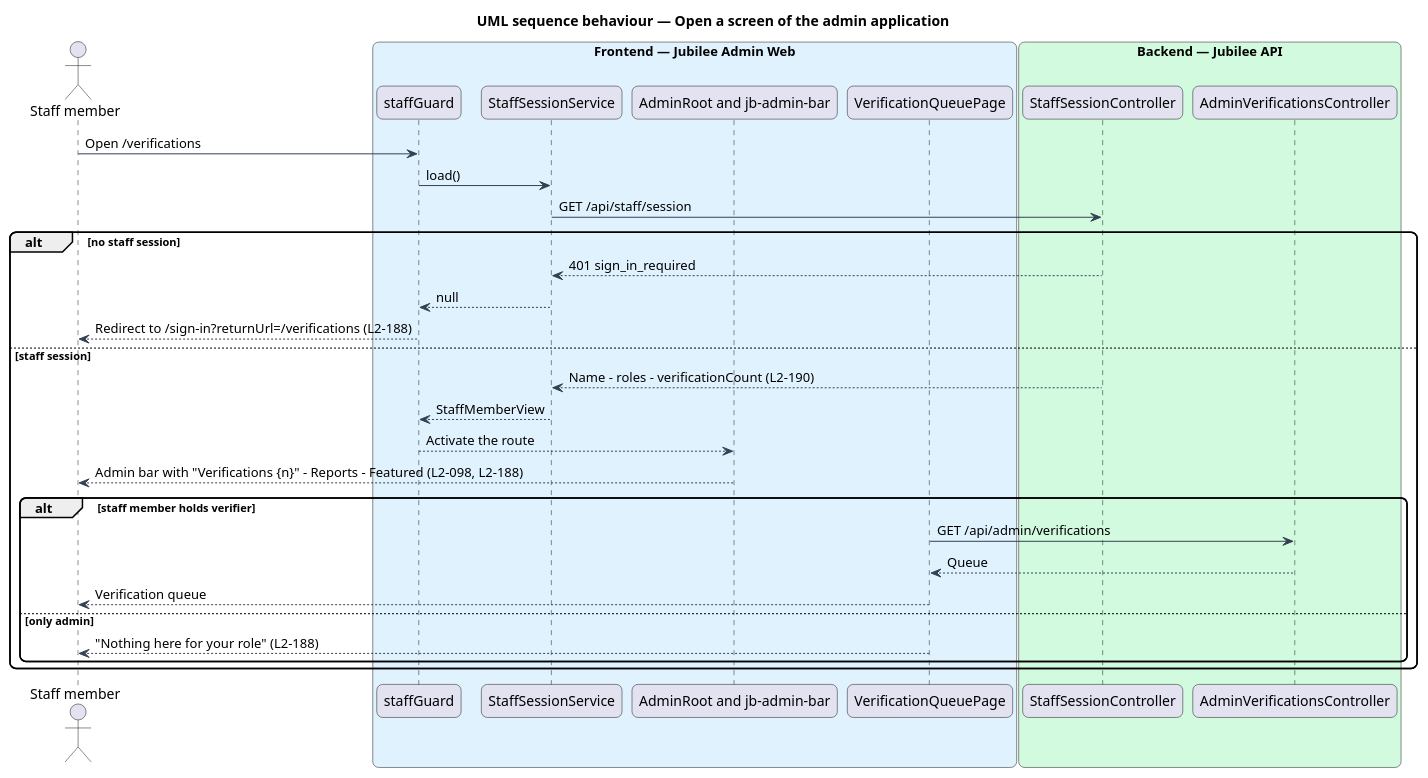
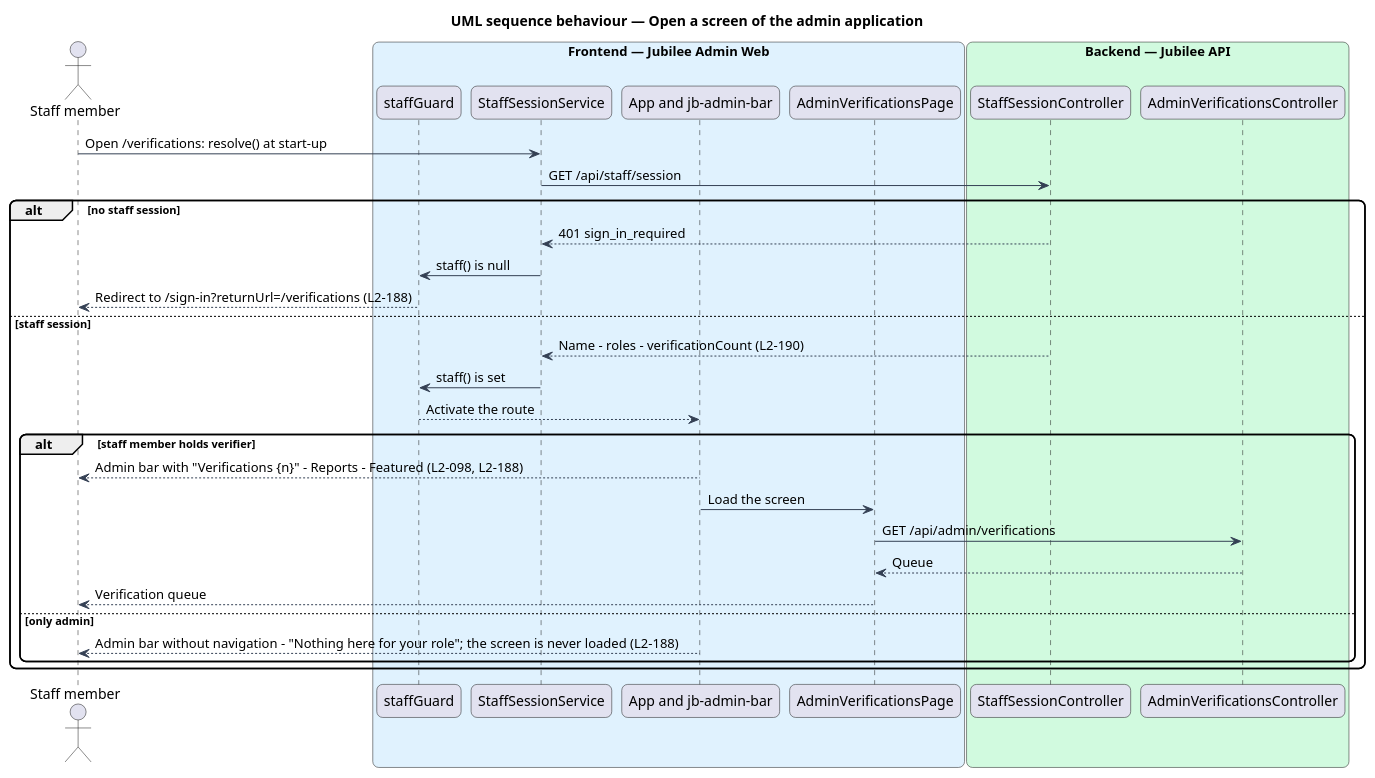
One commit to QuinntyneBrown/jubilee changed the diagram in docs/detailed-designs/admin/run-admin-application/diagrams/sequence-open-screen.puml. Above: the diagram before and after it, drawn with PlantUML. The commit also changed 111 other files, not shown here.

First line of the commit message:
The admin application and the app after the move (L2-188, L2-189, L2-190, L2-192 AC6, L2-194)

```diff
--- a/docs/detailed-designs/admin/run-admin-application/diagrams/sequence-open-screen.puml
+++ b/docs/detailed-designs/admin/run-admin-application/diagrams/sequence-open-screen.puml
@@ -1,39 +1,39 @@
 @startuml
 title UML sequence behaviour — Open a screen of the admin application
 skinparam backgroundColor #FFFFFF
 skinparam shadowing false
 skinparam roundcorner 12
 skinparam defaultFontName Arial
 skinparam ArrowColor #344054
 actor "Staff member" as actor
 box "Frontend — Jubilee Admin Web" #E0F2FE
   participant "staffGuard" as guard
   participant "StaffSessionService" as session
-  participant "AdminRoot and jb-admin-bar" as shell
-  participant "VerificationQueuePage" as page
+  participant "App and jb-admin-bar" as shell
+  participant "AdminVerificationsPage" as page
 end box
 box "Backend — Jubilee API" #D1FADF
   participant "StaffSessionController" as ctrl
   participant "AdminVerificationsController" as admin
 end box
-actor -> guard : Open /verifications
-guard -> session : load()
+actor -> session : Open /verifications: resolve() at start-up
 session -> ctrl : GET /api/staff/session
 alt no staff session
   ctrl --> session : 401 sign_in_required
-  session --> guard : null
+  session -> guard : staff() is null
   guard --> actor : Redirect to /sign-in?returnUrl=/verifications (L2-188)
 else staff session
   ctrl --> session : Name - roles - verificationCount (L2-190)
-  session --> guard : StaffMemberView
+  session -> guard : staff() is set
   guard --> shell : Activate the route
-  shell --> actor : Admin bar with "Verifications {n}" - Reports - Featured (L2-098, L2-188)
   alt staff member holds verifier
+    shell --> actor : Admin bar with "Verifications {n}" - Reports - Featured (L2-098, L2-188)
+    shell -> page : Load the screen
     page -> admin : GET /api/admin/verifications
     admin --> page : Queue
     page --> actor : Verification queue
   else only admin
-    page --> actor : "Nothing here for your role" (L2-188)
+    shell --> actor : Admin bar without navigation - "Nothing here for your role"; the screen is never loaded (L2-188)
   end
 end
 @enduml
```
